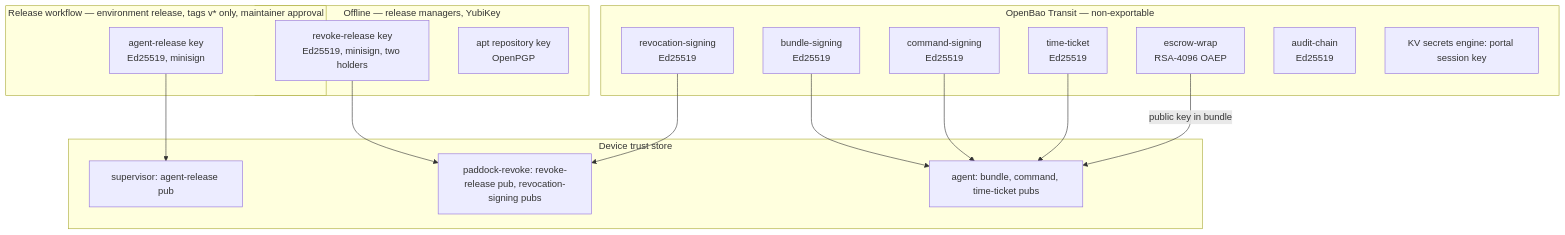
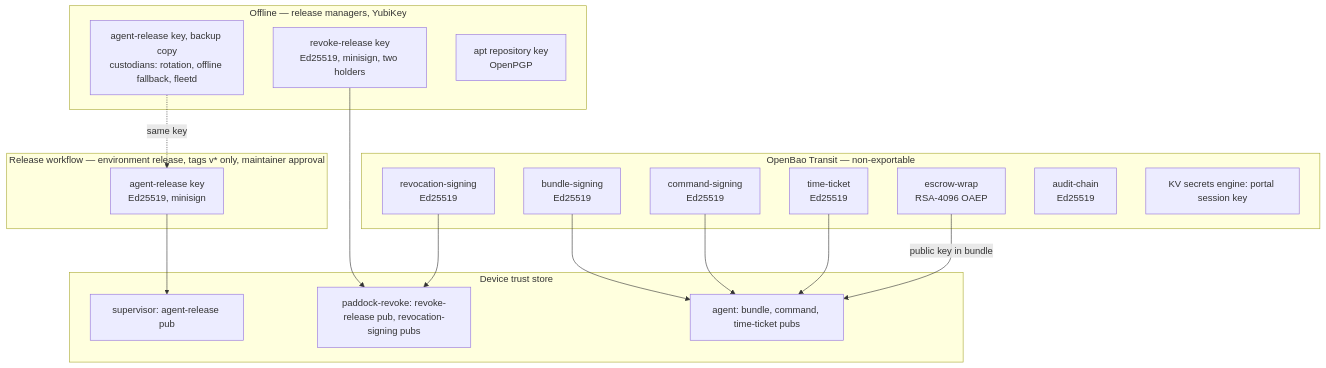
One commit to phischl/paddock-mdm changed diagram 17 of 19 in docs/architecture.md. Above: the diagram before and after it, drawn with Mermaid. The commit also changed other lines of this file and 3 other files, not shown here.

First line of the commit message:
feat(release): review round 1 — pinned actions, approver checks, key custody

````diff
--- a/docs/architecture.md
+++ b/docs/architecture.md
@@ -1385,35 +1385,37 @@
 ```mermaid
 flowchart TB
   subgraph ci[Release workflow — environment release, tags v* only, maintainer approval]
     rk[agent-release key<br/>Ed25519, minisign]
   end
 
   subgraph offline[Offline — release managers, YubiKey]
+    rkb[agent-release key, backup copy<br/>custodians: rotation, offline fallback, fleetd]
     rrk[revoke-release key<br/>Ed25519, minisign, two holders]
     apt[apt repository key<br/>OpenPGP]
   end
 
   subgraph bao[OpenBao Transit — non-exportable]
     bs[bundle-signing<br/>Ed25519]
     cs[command-signing<br/>Ed25519]
     rs[revocation-signing<br/>Ed25519]
     tt[time-ticket<br/>Ed25519]
     ew[escrow-wrap<br/>RSA-4096 OAEP]
     ac[audit-chain<br/>Ed25519]
     sess[KV secrets engine: portal session key]
   end
 
   subgraph device[Device trust store]
     supk[supervisor: agent-release pub]
     revk[paddock-revoke: revoke-release pub, revocation-signing pubs]
     agk[agent: bundle, command, time-ticket pubs]
   end
 
   rk --> supk
+  rkb -.->|same key| rk
   rrk --> revk
   bs --> agk
   cs --> agk
   tt --> agk
   rs --> revk
   ew -->|public key in bundle| agk
 ```
````
